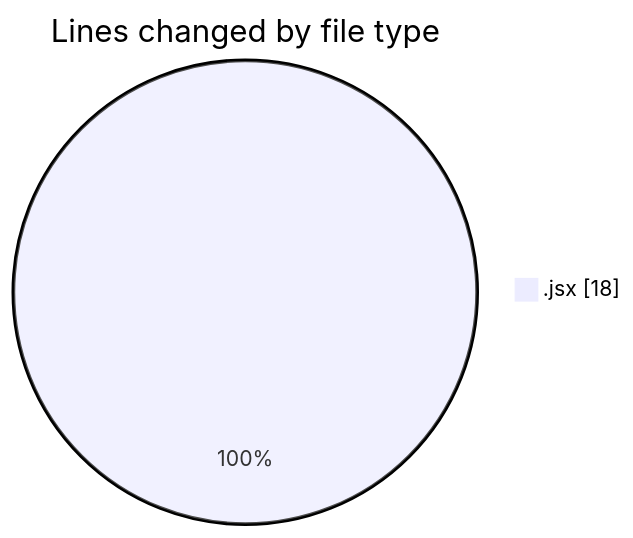
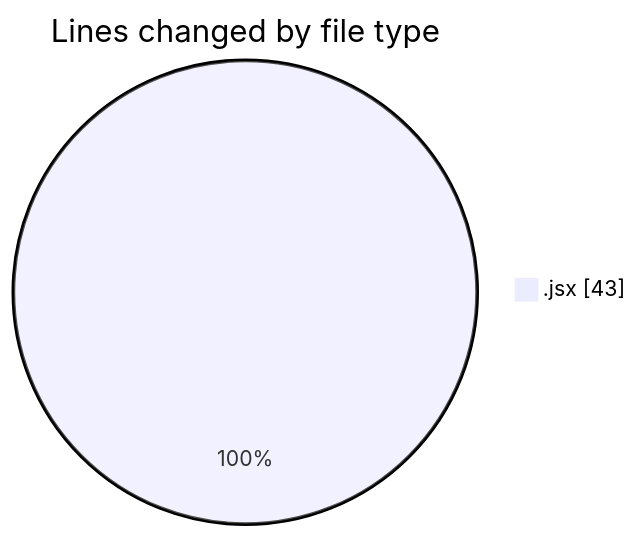
Before and after one commit to nxtqubesakshisongat/code-tracking: the first of 2 diagrams in 2025-10-09/nxtqube_webapp/README.md, drawn with Mermaid. The commit also changed other lines of this file and 1 other file, not shown here.

````diff
--- a/2025-10-09/nxtqube_webapp/README.md
+++ b/2025-10-09/nxtqube_webapp/README.md
@@ -20,5 +20,5 @@
 ```mermaid
 pie showData
 title Lines changed by file type
-".jsx" : 18
+".jsx" : 43
 ```
````
